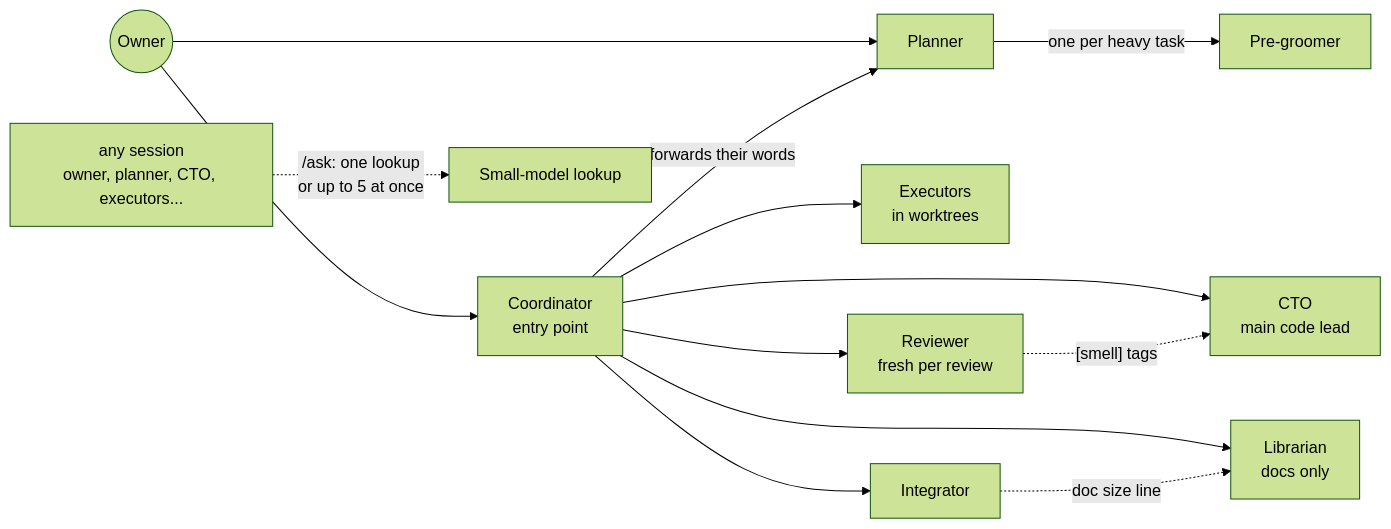
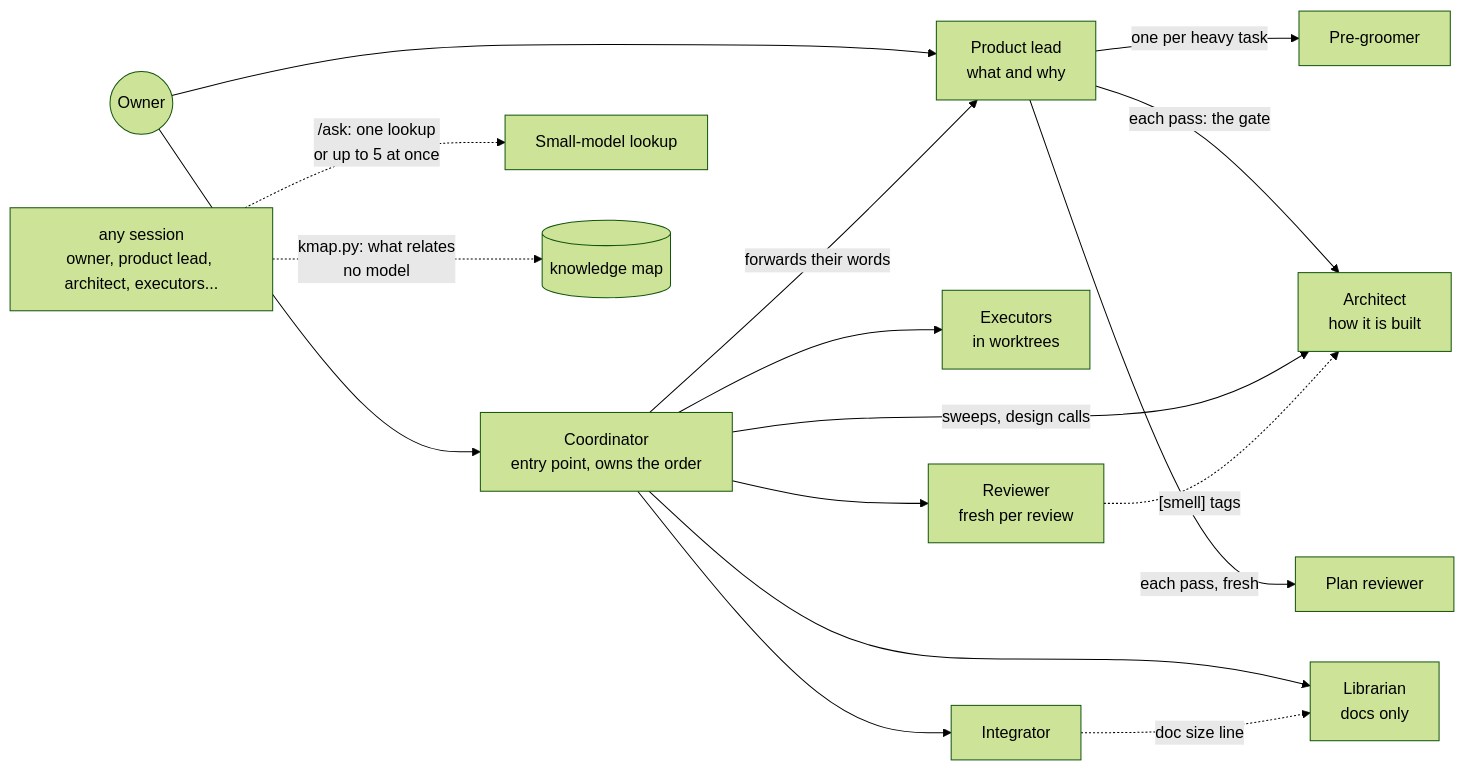
Before and after one commit to Squikle/vibecode.md: the first of 8 diagrams in README.md, drawn with Mermaid (forest theme). The commit also changed other lines of this file and 2 other files, not shown here.

````diff
--- a/README.md
+++ b/README.md
@@ -15,15 +15,18 @@
 ```mermaid
 flowchart LR
-  M((Owner)) --> C[Coordinator<br/>entry point]
-  M --> P[Planner]
+  M((Owner)) --> C[Coordinator<br/>entry point, owns the order]
+  M --> P[Product lead<br/>what and why]
   C -->|forwards their words| P
   P -->|one per heavy task| G[Pre-groomer]
-  C --> CTO[CTO<br/>main code lead]
+  P -->|each pass: the gate| A[Architect<br/>how it is built]
+  P -->|each pass, fresh| PR[Plan reviewer]
+  C -->|sweeps, design calls| A
   C --> L[Librarian<br/>docs only]
   C --> E[Executors<br/>in worktrees]
   C --> R[Reviewer<br/>fresh per review]
   C --> I[Integrator]
-  R -. "[smell] tags" .-> CTO
+  R -. "[smell] tags" .-> A
   I -. "doc size line" .-> L
-  ANY["any session<br/>owner, planner, CTO, executors..."] -. "/ask: one lookup<br/>or up to 5 at once" .-> H[Small-model lookup]
+  ANY["any session<br/>owner, product lead, architect, executors..."] -. "/ask: one lookup<br/>or up to 5 at once" .-> H[Small-model lookup]
+  ANY -. "kmap.py: what relates<br/>no model" .-> K[(knowledge map)]
 ```
````
